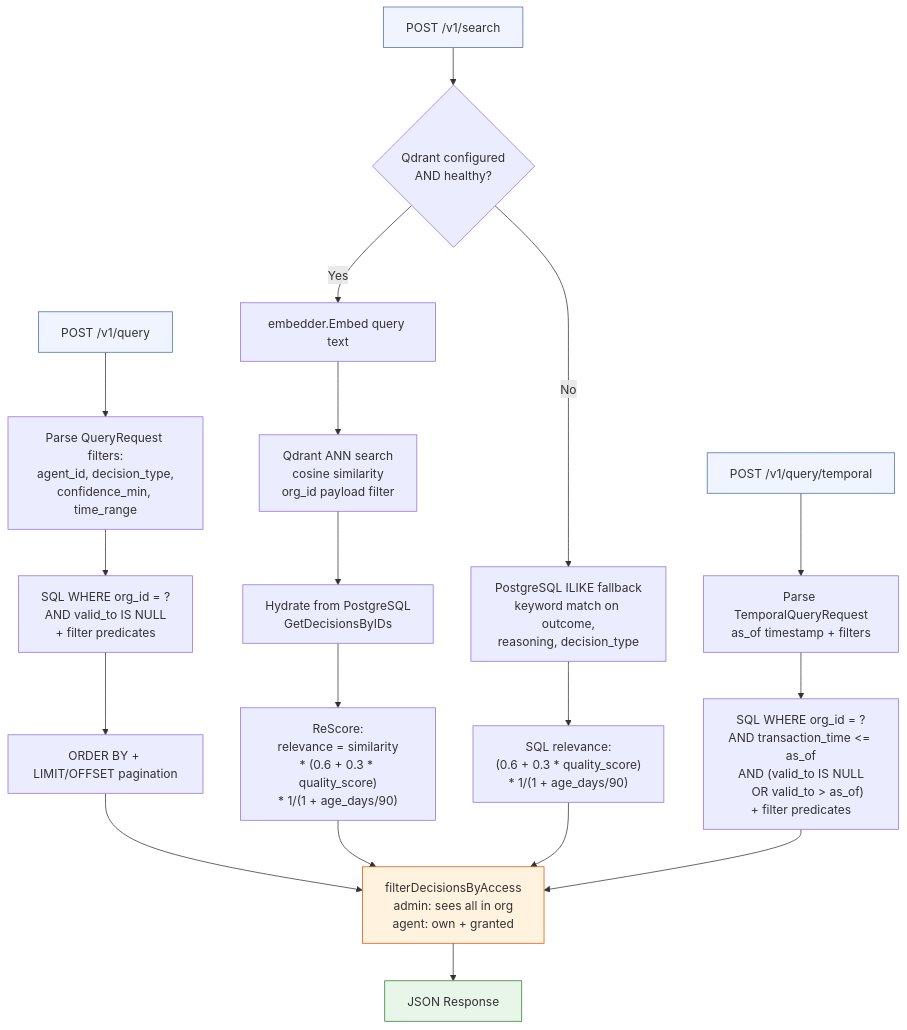
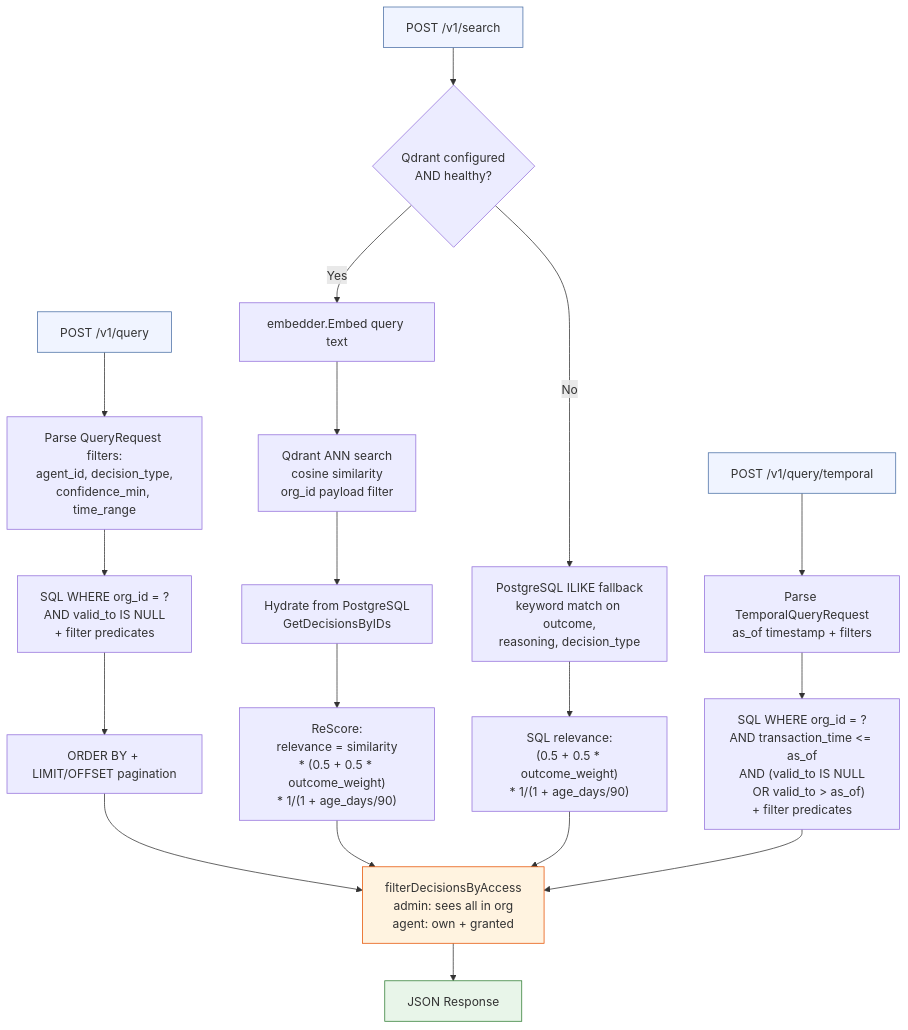
Before and after one commit to ashita-ai/akashi: the second of 6 diagrams in docs/diagrams.md, drawn with Mermaid. The commit also changed other lines of this file and 2 other files, not shown here.

First line of the commit message:
docs: update stale ReScore formula and quality_score references

````diff
--- a/docs/diagrams.md
+++ b/docs/diagrams.md
@@ -75,29 +75,29 @@
 ```mermaid
 flowchart TD
     Q1[POST /v1/query] --> PARSE1[Parse QueryRequest filters:<br/>agent_id, decision_type,<br/>confidence_min, time_range]
     PARSE1 --> SQL1[SQL WHERE org_id = ? <br/>AND valid_to IS NULL<br/>+ filter predicates]
     SQL1 --> PAG[ORDER BY + LIMIT/OFFSET pagination]
     PAG --> FILTER
 
     Q2[POST /v1/search] --> CHK{Qdrant configured<br/>AND healthy?}
     CHK -- Yes --> EMB[embedder.Embed query text]
     EMB --> ANN[Qdrant ANN search<br/>cosine similarity<br/>org_id payload filter]
     ANN --> HYD[Hydrate from PostgreSQL<br/>GetDecisionsByIDs]
-    HYD --> RESCORE["ReScore:<br/>relevance = similarity<br/>* (0.6 + 0.3 * quality_score)<br/>* 1/(1 + age_days/90)"]
+    HYD --> RESCORE["ReScore:<br/>relevance = similarity<br/>* (0.5 + 0.5 * outcome_weight)<br/>* 1/(1 + age_days/90)"]
     RESCORE --> FILTER
     CHK -- No --> ILIKE[PostgreSQL ILIKE fallback<br/>keyword match on outcome,<br/>reasoning, decision_type]
-    ILIKE --> RESCORE2["SQL relevance:<br/>(0.6 + 0.3 * quality_score)<br/>* 1/(1 + age_days/90)"]
+    ILIKE --> RESCORE2["SQL relevance:<br/>(0.5 + 0.5 * outcome_weight)<br/>* 1/(1 + age_days/90)"]
     RESCORE2 --> FILTER
 
     Q3[POST /v1/query/temporal] --> PARSE3[Parse TemporalQueryRequest<br/>as_of timestamp + filters]
     PARSE3 --> SQL3["SQL WHERE org_id = ?<br/>AND transaction_time <= as_of<br/>AND (valid_to IS NULL<br/>&nbsp;&nbsp;&nbsp;&nbsp;OR valid_to > as_of)<br/>+ filter predicates"]
     SQL3 --> FILTER
 
     FILTER[filterDecisionsByAccess<br/>admin: sees all in org<br/>agent: own + granted] --> RESP[JSON Response]
 
     style Q1 fill:#f0f4ff,stroke:#4a6fa5
     style Q2 fill:#f0f4ff,stroke:#4a6fa5
     style Q3 fill:#f0f4ff,stroke:#4a6fa5
     style FILTER fill:#fff3e0,stroke:#e65100
     style RESP fill:#e8f5e9,stroke:#2e7d32
 ```
````
